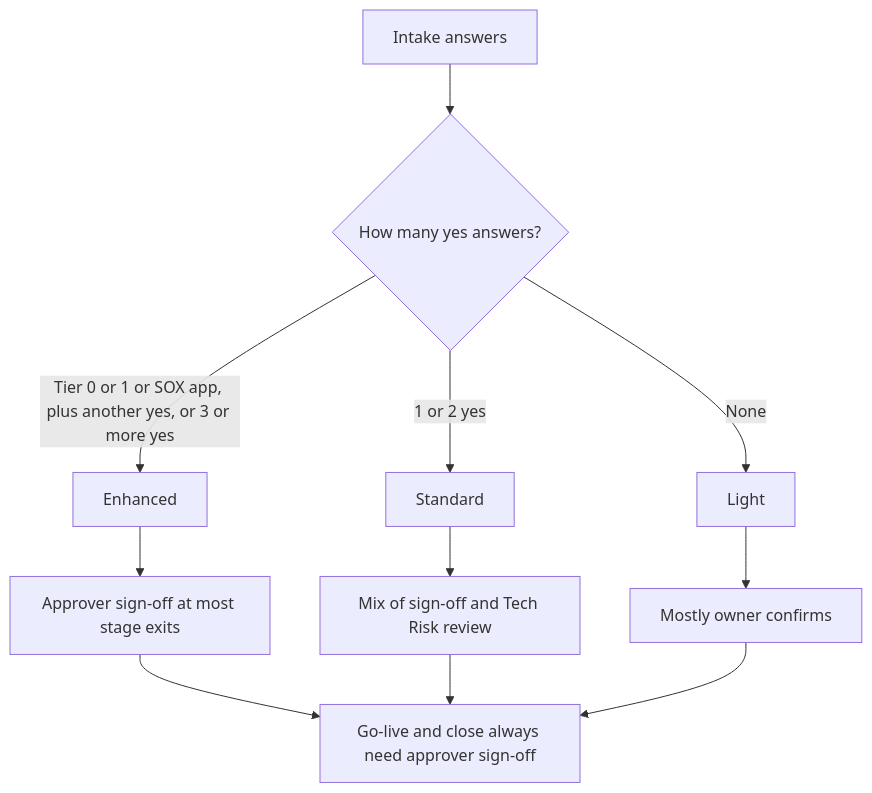
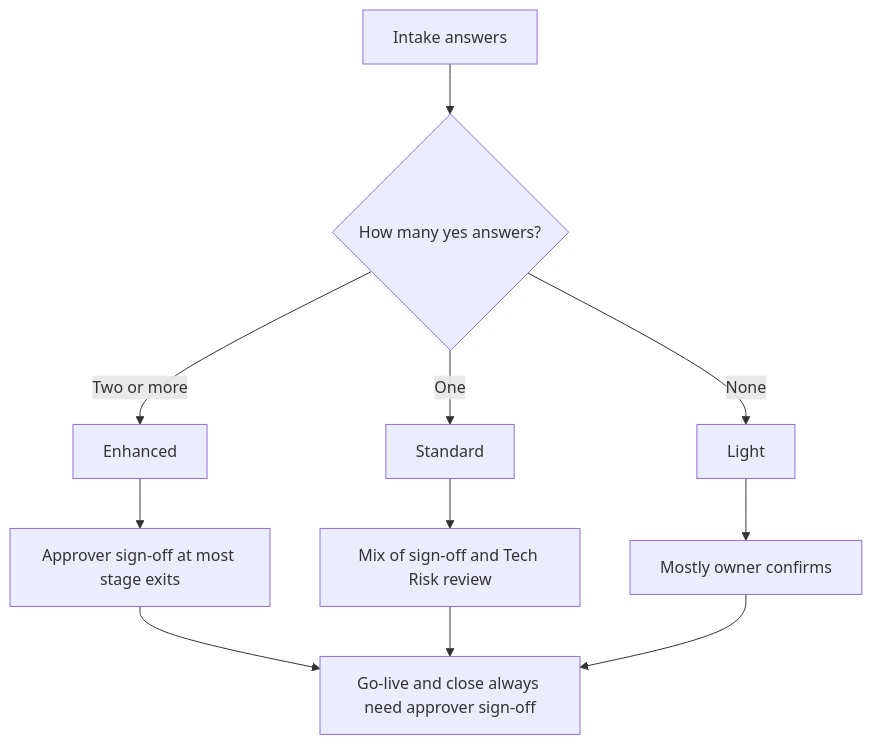
One commit to mpclevenger/kb changed the diagram in content/guides/oversight-levels.md. Above: the diagram before and after it, drawn with Mermaid. The commit also changed other lines of this file and 104 other files, not shown here.

````diff
--- a/content/guides/oversight-levels.md
+++ b/content/guides/oversight-levels.md
@@ -10,15 +10,15 @@
 ```mermaid
 flowchart TD
   accTitle: How the oversight level is set
-  accDescr: The owner's intake answers decide the level. A tier 0 or tier 1 app or a SOX in-scope app plus another yes, or three or more yes answers, gives Enhanced. One or two yes answers give Standard. No yes answers give Light. The level then sets what is needed at each stage exit.
+  accDescr: The owner's intake answers decide the level. No yes answers give Light. One yes answer gives Standard. Two or more yes answers give Enhanced. The level then sets what is needed at each stage exit.
   Q[Intake answers] --> D{How many yes answers?}
-  D -->|Tier 0 or 1 or SOX app, plus another yes, or 3 or more yes| E[Enhanced]
-  D -->|1 or 2 yes| S[Standard]
   D -->|None| L[Light]
+  D -->|One| S[Standard]
+  D -->|Two or more| E[Enhanced]
   E --> NE[Approver sign-off at most stage exits]
   S --> NS[Mix of sign-off and Tech Risk review]
   L --> NL[Mostly owner confirms]
   NE --> G[Go-live and close always need approver sign-off]
   NS --> G
   NL --> G
 ```
````
